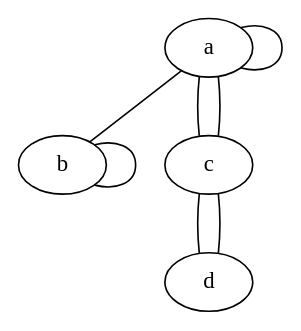
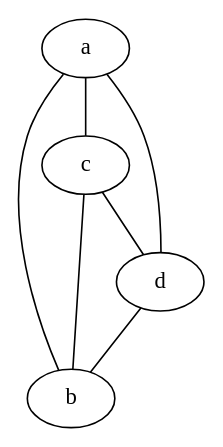
The diagram in fundamentos_grafos/completok4.dot (hideaki-san/grafos), drawn with Graphviz before and after one commit. The commit also changed 4 other files, not shown here.

```diff
--- a/fundamentos_grafos/completok4.dot
+++ b/fundamentos_grafos/completok4.dot
@@ -1,10 +1,9 @@
 graph
   {
   a -- b;
-  a -- a;
-  b -- b;
-  a -- c;
-  d -- c;
   c -- d;
   a -- c;
+  a -- d;
+  d -- b;
+  c -- b;
   }
```
